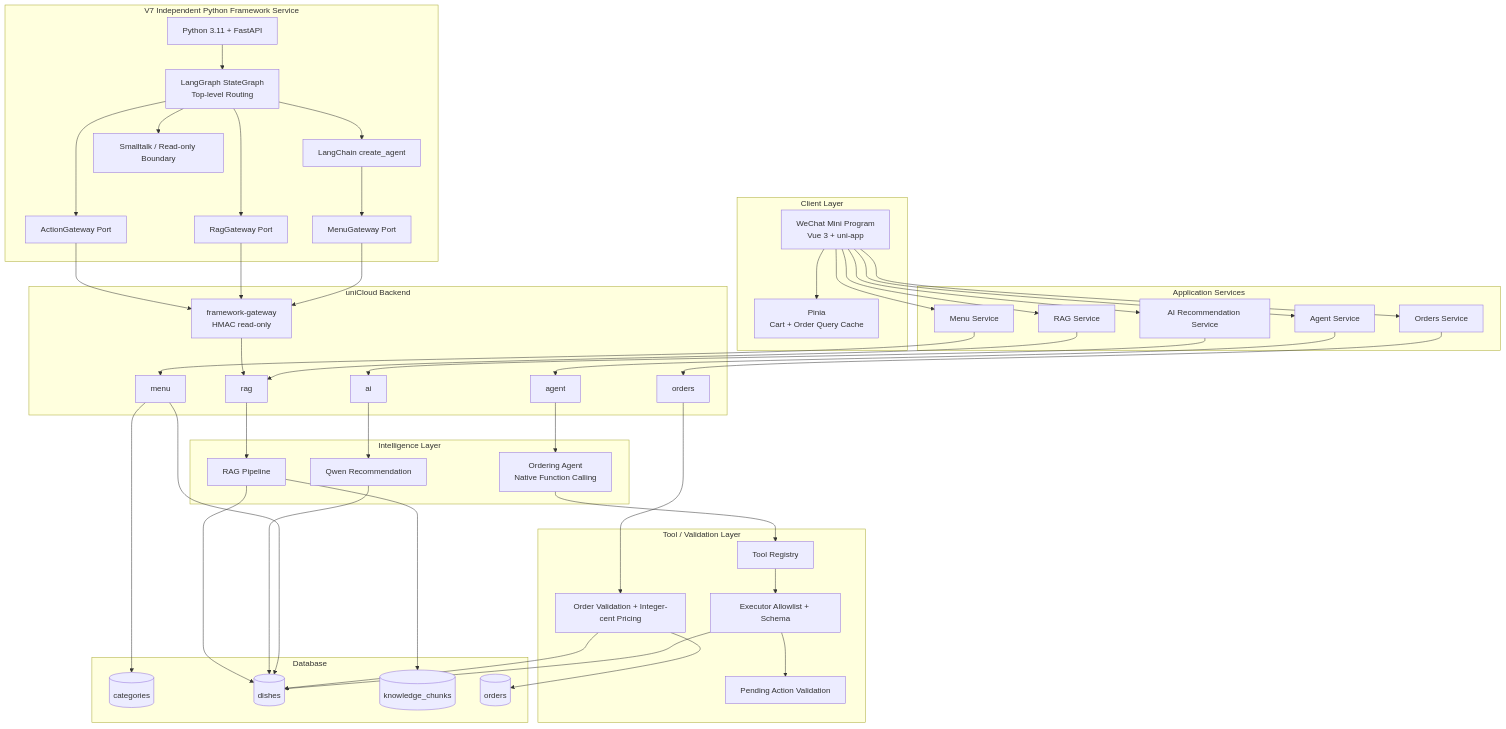
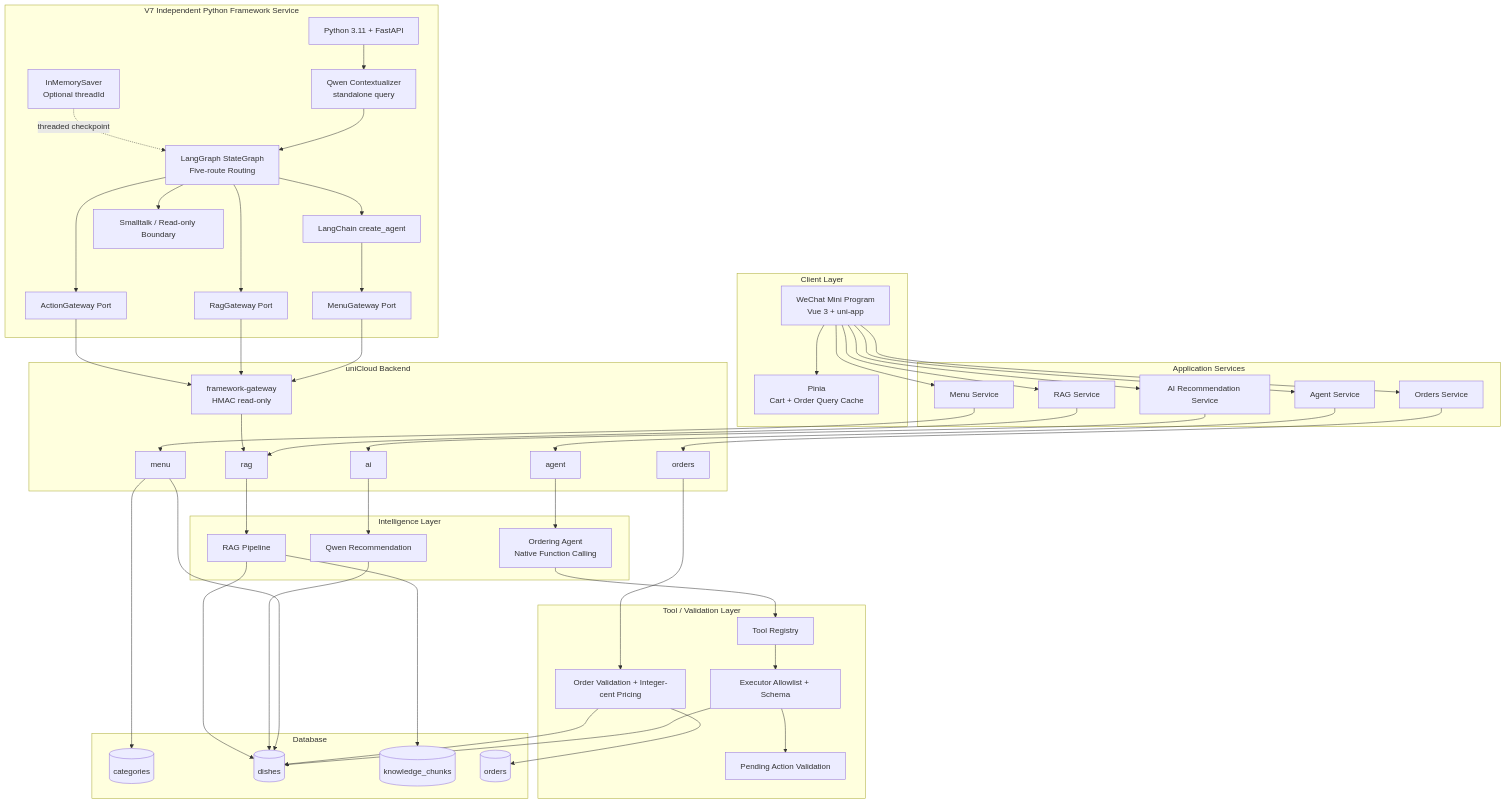
One commit to LI-ZONGRUI/smart-ordering-agent changed the first of 3 diagrams in docs/ARCHITECTURE.md. Above: the diagram before and after it, drawn with Mermaid. The commit also changed other lines of this file and 18 other files, not shown here.

Commit message:
feat: add thread-aware LangGraph conversations

```diff
--- a/docs/ARCHITECTURE.md
+++ b/docs/ARCHITECTURE.md
@@ -56,13 +56,16 @@
 
   subgraph FrameworkService[V7 Independent Python Framework Service]
     FASTAPI[Python 3.11 + FastAPI]
-    LG[LangGraph StateGraph<br/>Top-level Routing]
+    MEM[InMemorySaver<br/>Optional threadId]
+    CTX[Qwen Contextualizer<br/>standalone query]
+    LG[LangGraph StateGraph<br/>Five-route Routing]
     LC[LangChain create_agent]
     GW[MenuGateway Port]
     RGW[RagGateway Port]
     AGW[ActionGateway Port]
     SMALL[Smalltalk / Read-only Boundary]
-    FASTAPI --> LG
+    FASTAPI --> CTX --> LG
+    MEM -. threaded checkpoint .-> LG
     LG --> LC --> GW
     LG --> RGW
     LG --> AGW
```
